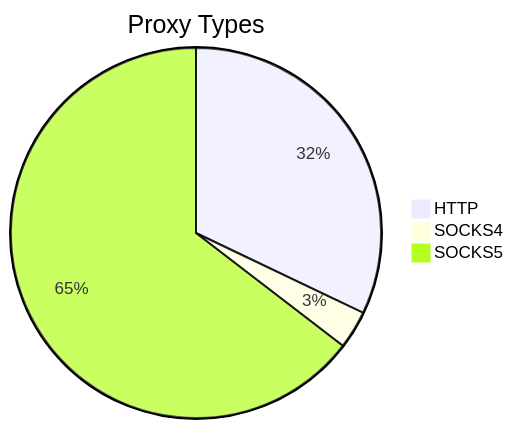
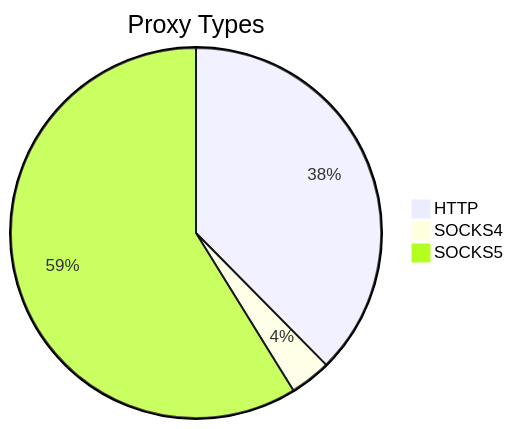
One commit to stormsia/proxy-list changed the first of 2 diagrams in README.md. Above: the diagram before and after it, drawn with Mermaid. The commit also changed other lines of this file, not shown here.

````diff
--- a/README.md
+++ b/README.md
@@ -21,6 +21,6 @@
 ```mermaid
 pie title Proxy Types
-    "HTTP" : 241
-    "SOCKS4" : 25
-    "SOCKS5" : 485
+    "HTTP" : 273
+    "SOCKS4" : 26
+    "SOCKS5" : 427
 ```
````
